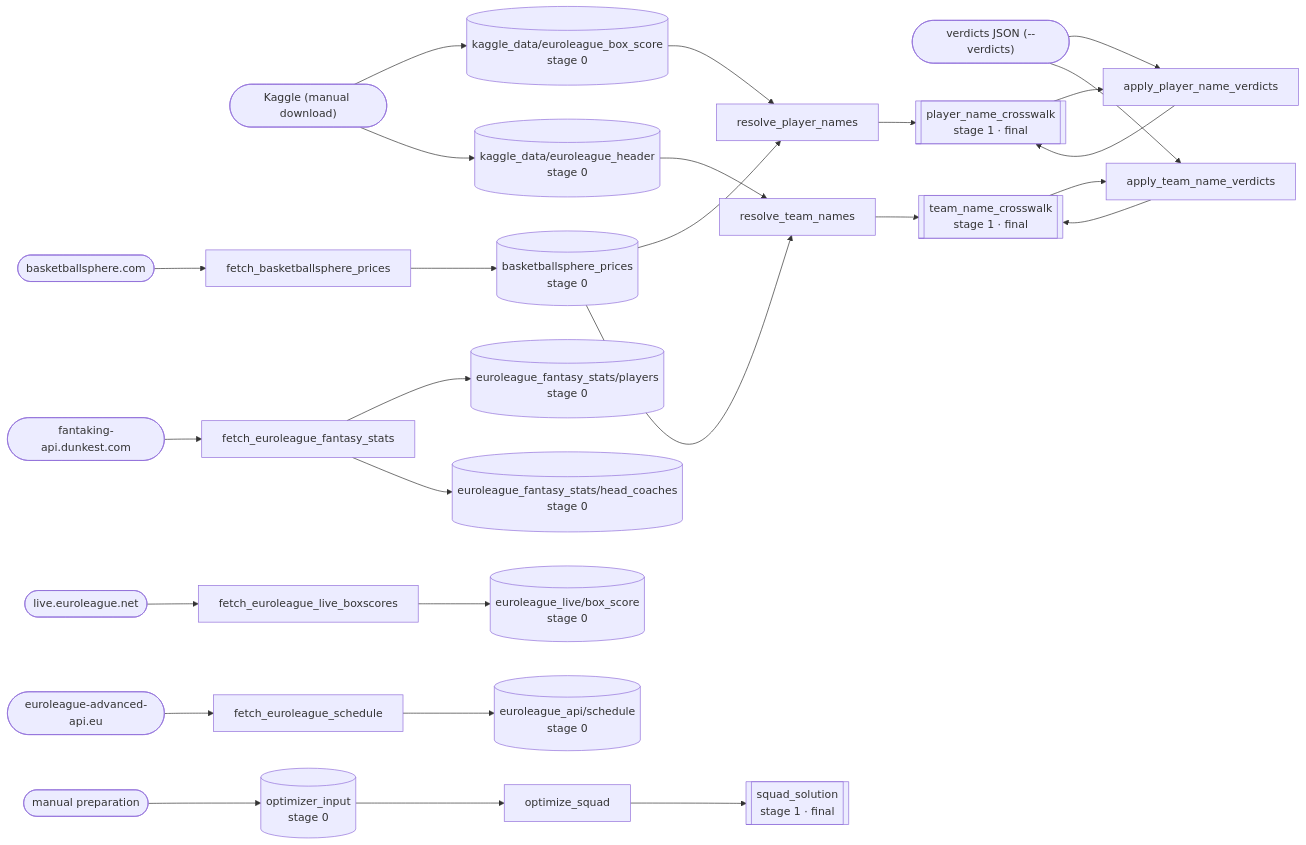
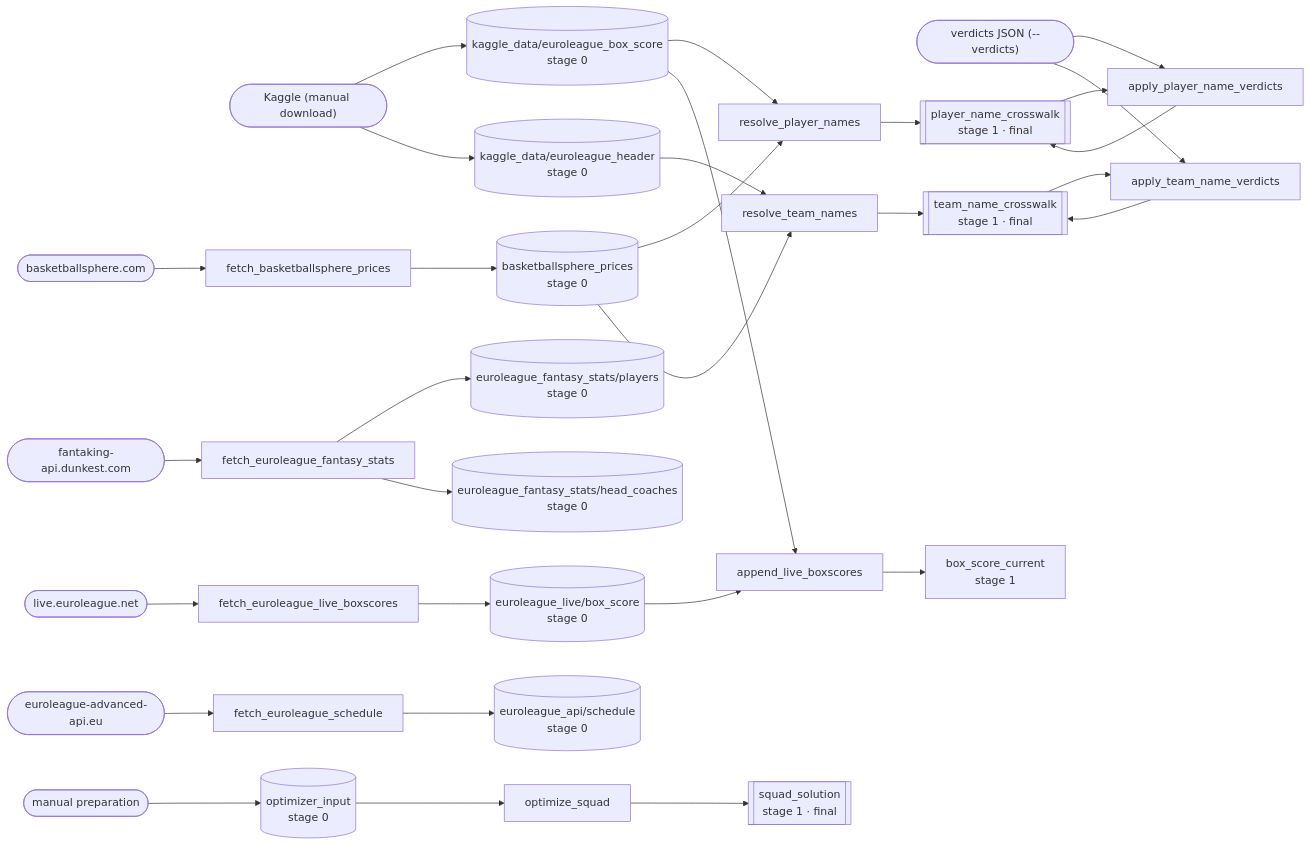
Before and after one commit to Takfes/indie-euroleague: the diagram in docs/data-graph.md, drawn with Mermaid. The commit also changed 4 other files, not shown here.

First line of the commit message:
feat(transform): append live box-score deltas to Kaggle base season

````diff
--- a/docs/data-graph.md
+++ b/docs/data-graph.md
@@ -7,61 +7,67 @@
 ```mermaid
 flowchart LR
     %% external sources
     bs(["basketballsphere.com"])
     dunkest(["fantaking-api.dunkest.com"])
     live(["live.euroleague.net"])
     adv(["euroleague-advanced-api.eu"])
     kaggle(["Kaggle (manual download)"])
     verdicts(["verdicts JSON (--verdicts)"])
     manual(["manual preparation"])
 
     %% scripts
     f_bs["fetch_basketballsphere_prices"]
     f_fs["fetch_euroleague_fantasy_stats"]
     f_live["fetch_euroleague_live_boxscores"]
     f_sched["fetch_euroleague_schedule"]
     r_p["resolve_player_names"]
     a_p["apply_player_name_verdicts"]
     r_t["resolve_team_names"]
     a_t["apply_team_name_verdicts"]
     o_sq["optimize_squad"]
+    t_app["append_live_boxscores"]
 
     %% raw datasets (stage 0)
     d_prices[("basketballsphere_prices<br/>stage 0")]
     d_players[("euroleague_fantasy_stats/players<br/>stage 0")]
     d_coaches[("euroleague_fantasy_stats/head_coaches<br/>stage 0")]
     d_live[("euroleague_live/box_score<br/>stage 0")]
     d_sched[("euroleague_api/schedule<br/>stage 0")]
     d_kbox[("kaggle_data/euroleague_box_score<br/>stage 0")]
     d_khdr[("kaggle_data/euroleague_header<br/>stage 0")]
     d_opt[("optimizer_input<br/>stage 0")]
 
     %% produced datasets
+    d_bsc["box_score_current<br/>stage 1"]
     d_pxw[["player_name_crosswalk<br/>stage 1 · final"]]
     d_txw[["team_name_crosswalk<br/>stage 1 · final"]]
     d_sq[["squad_solution<br/>stage 1 · final"]]
 
     bs --> f_bs --> d_prices
     dunkest --> f_fs
     f_fs --> d_players
     f_fs --> d_coaches
     live --> f_live --> d_live
     adv --> f_sched --> d_sched
     kaggle --> d_kbox
     kaggle --> d_khdr
 
     d_prices --> r_p
     d_kbox --> r_p
     r_p --> d_pxw
     d_pxw --> a_p --> d_pxw
     verdicts --> a_p
 
     d_prices --> r_t
     d_khdr --> r_t
     r_t --> d_txw
     d_txw --> a_t --> d_txw
     verdicts --> a_t
 
+    d_kbox --> t_app
+    d_live --> t_app
+    t_app --> d_bsc
+
     manual --> d_opt
     d_opt --> o_sq --> d_sq
 ```
````
